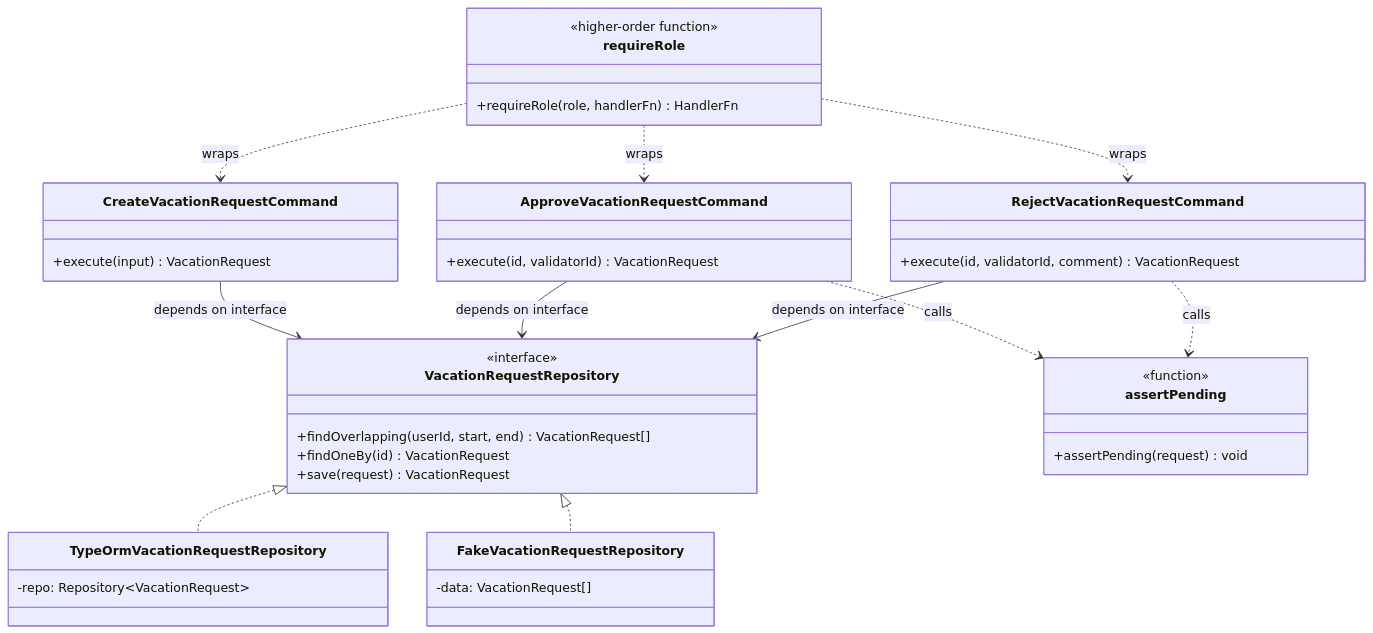
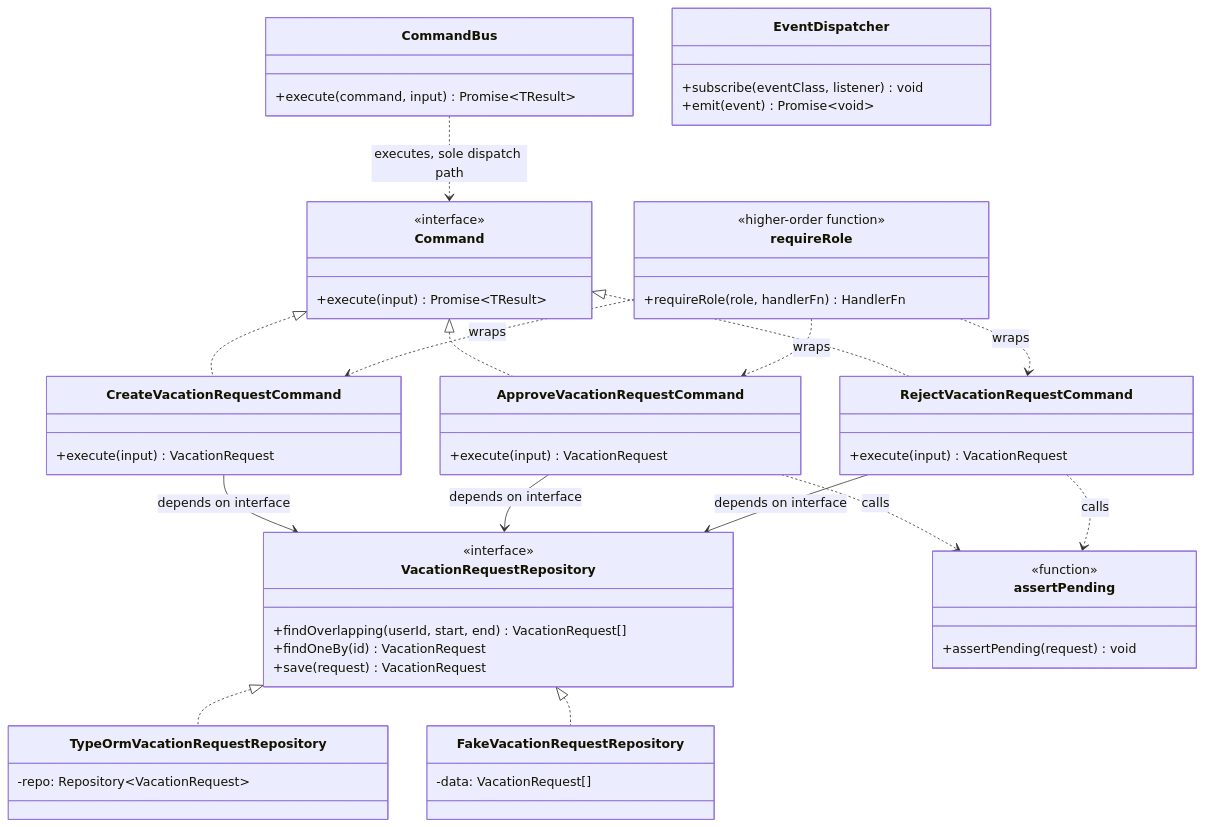
One commit to FransheskaBER/travelfactory-vacation-management changed the fifth of 5 diagrams in docs/tdd.md. Above: the diagram before and after it, drawn with Mermaid. The commit also changed other lines of this file and 3 other files, not shown here.

Commit message:
docs(spec): 4.3 command bus + event dispatcher — approved spec (9 Q&As), lockstep TDD §1/§3 update (bus hop, Command interface, single-input signatures), D14 thin-executor row, record-reconciliation taxonomy in _template, checklist 4.5 listener-log obligation

````diff
--- a/docs/tdd.md
+++ b/docs/tdd.md
@@ -166,45 +170,60 @@
 ```mermaid
 classDiagram
     class VacationRequestRepository {
         <<interface>>
         +findOverlapping(userId, start, end) VacationRequest[]
         +findOneBy(id) VacationRequest
         +save(request) VacationRequest
     }
     class TypeOrmVacationRequestRepository {
         -repo: Repository~VacationRequest~
     }
     class FakeVacationRequestRepository {
         -data: VacationRequest[]
     }
     VacationRequestRepository <|.. TypeOrmVacationRequestRepository
     VacationRequestRepository <|.. FakeVacationRequestRepository
 
+    class Command {
+        <<interface>>
+        +execute(input) Promise~TResult~
+    }
+    class CommandBus {
+        +execute(command, input) Promise~TResult~
+    }
+    class EventDispatcher {
+        +subscribe(eventClass, listener) void
+        +emit(event) Promise~void~
+    }
     class CreateVacationRequestCommand {
         +execute(input) VacationRequest
     }
     class ApproveVacationRequestCommand {
-        +execute(id, validatorId) VacationRequest
+        +execute(input) VacationRequest
     }
     class RejectVacationRequestCommand {
-        +execute(id, validatorId, comment) VacationRequest
+        +execute(input) VacationRequest
     }
+    Command <|.. CreateVacationRequestCommand
+    Command <|.. ApproveVacationRequestCommand
+    Command <|.. RejectVacationRequestCommand
+    CommandBus ..> Command : executes, sole dispatch path
     CreateVacationRequestCommand --> VacationRequestRepository : depends on interface
     ApproveVacationRequestCommand --> VacationRequestRepository : depends on interface
     RejectVacationRequestCommand --> VacationRequestRepository : depends on interface
 
     class assertPending {
         <<function>>
         +assertPending(request) void
     }
     ApproveVacationRequestCommand ..> assertPending : calls
     RejectVacationRequestCommand ..> assertPending : calls
 
     class requireRole {
         <<higher-order function>>
         +requireRole(role, handlerFn) HandlerFn
     }
     requireRole ..> CreateVacationRequestCommand : wraps
     requireRole ..> ApproveVacationRequestCommand : wraps
     requireRole ..> RejectVacationRequestCommand : wraps
 ```
````
